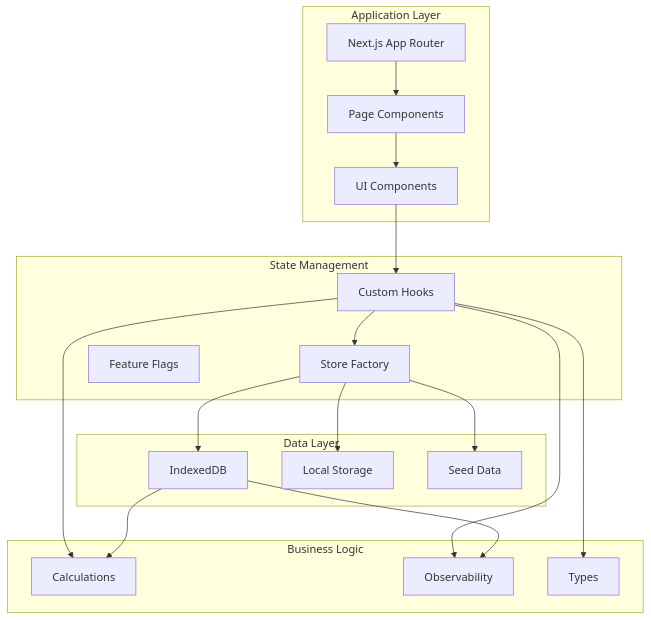
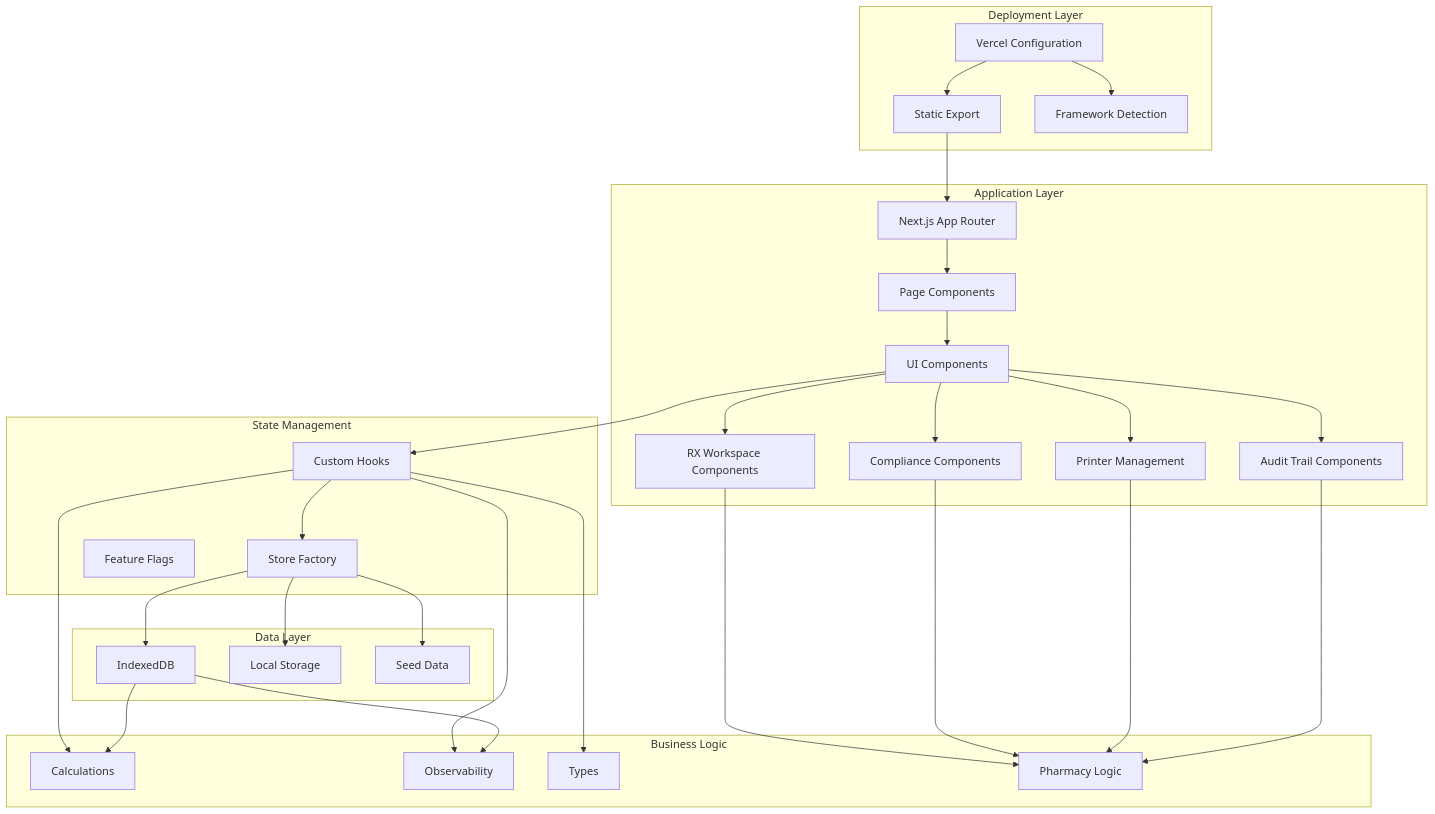
The first of 6 diagrams in .qoder/repowiki/en/content/Frontend Interface/Next.js Web POS Prototype.md (yosefdc7/PharmaPOS), drawn with Mermaid before and after one commit. The commit also changed other lines of this file and 11 other files, not shown here.

````diff
--- a/.qoder/repowiki/en/content/Frontend Interface/Next.js Web POS Prototype.md
+++ b/.qoder/repowiki/en/content/Frontend Interface/Next.js Web POS Prototype.md
@@ -41,35 +74,56 @@
 ```mermaid
 graph TB
 subgraph "Application Layer"
 A[Next.js App Router]
 B[Page Components]
 C[UI Components]
+D[RX Workspace Components]
+E[Compliance Components]
+F[Printer Management]
+G[Audit Trail Components]
 end
 subgraph "State Management"
-D[Custom Hooks]
-E[Store Factory]
-F[Feature Flags]
+H[Custom Hooks]
+I[Store Factory]
+J[Feature Flags]
 end
 subgraph "Data Layer"
-G[IndexedDB]
-H[Local Storage]
-I[Seed Data]
+K[IndexedDB]
+L[Local Storage]
+M[Seed Data]
 end
 subgraph "Business Logic"
-J[Calculations]
-K[Observability]
-L[Types]
+N[Calculations]
+O[Observability]
+P[Types]
+Q[Pharmacy Logic]
+end
+subgraph "Deployment Layer"
+R[Vercel Configuration]
+S[Static Export]
+T[Framework Detection]
 end
 A --> B
 B --> C
 C --> D
-D --> E
-E --> G
-E --> H
-E --> I
-D --> J
-D --> K
-D --> L
-G --> J
-G --> K
+C --> E
+C --> F
+C --> G
+D --> Q
+E --> Q
+F --> Q
+G --> Q
+C --> H
+H --> I
+I --> K
+I --> L
+I --> M
+H --> N
+H --> O
+H --> P
+K --> N
+K --> O
+R --> S
+R --> T
+S --> A
 ```
````
